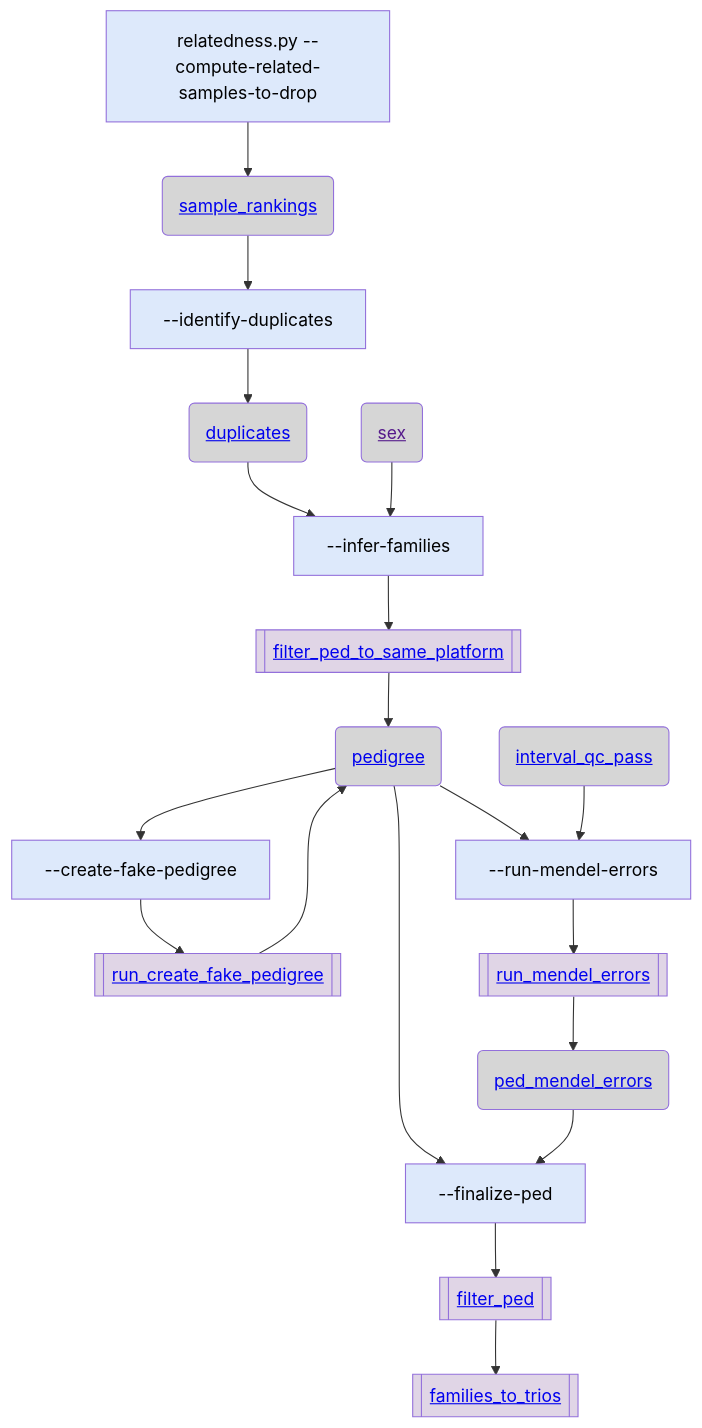
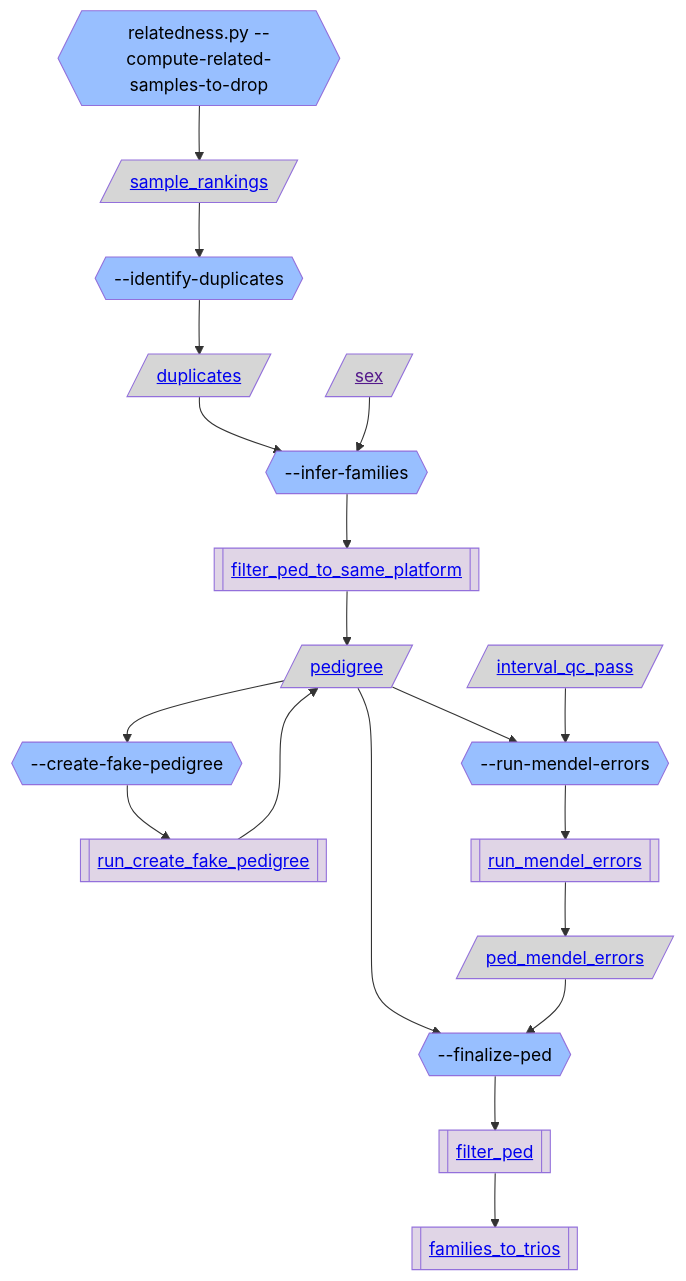
Before and after one commit to broadinstitute/gnomad_qc: the fourth of 4 diagrams in gnomad_qc/v4/sample_qc/README.md, drawn with Mermaid. The commit also changed other lines of this file and 4 other files, not shown here.

````diff
--- a/gnomad_qc/v4/sample_qc/README.md
+++ b/gnomad_qc/v4/sample_qc/README.md
@@ -328,46 +328,46 @@
 ```mermaid
 flowchart TB;
   classDef script_color fill:#2C5D4A,color:#000000
-  classDef step_color fill:#DDE9FB,color:#000000
+  classDef step_color fill:#98BFFF,color:#000000
   classDef func_color fill:#E0D5E6,color:#000000
   classDef gnomad_methods_color fill:#F9F2CE,color:#000000
   classDef hail_color fill:#FAEACE,color:#000000
   classDef resource_color fill:#D6D6D6,color:#000000
   classDef validity_check_color fill:#2C5D4A,color:#000000
 
-  step_compute_related_samples_to_drop["relatedness.py --compute-related-samples-to-drop"]:::step_color;
-  resource_sample_rankings("<a href='https://github.com/broadinstitute/gnomad_qc/tree/main/gnomad_qc/v4/resources/sample_qc.py#L547'>sample_rankings</a>"):::resource_color;
-  step_identify_duplicates["--identify-duplicates"]:::step_color;
-  resource_duplicates("<a href='https://github.com/broadinstitute/gnomad_qc/tree/main/gnomad_qc/v4/resources/sample_qc.py#L895'>duplicates</a>"):::resource_color;
-  step_infer_families["--infer-families"]:::step_color;
+  step_compute_related_samples_to_drop{{"relatedness.py --compute-related-samples-to-drop"}}:::step_color;
+  resource_sample_rankings[/"<a href='https://github.com/broadinstitute/gnomad_qc/tree/main/gnomad_qc/v4/resources/sample_qc.py#L547'>sample_rankings</a>"/]:::resource_color;
+  step_identify_duplicates{{"--identify-duplicates"}}:::step_color;
+  resource_duplicates[/"<a href='https://github.com/broadinstitute/gnomad_qc/tree/main/gnomad_qc/v4/resources/sample_qc.py#L895'>duplicates</a>"/]:::resource_color;
+  step_infer_families{{"--infer-families"}}:::step_color;
   func_filter_ped_to_same_platform[["<a href='https://github.com/broadinstitute/gnomad_qc/tree/main/gnomad_qc/v4/sample_qc/identify_trios.py#L188'>filter_ped_to_same_platform</a>"]]:::func_color;
-  resource_sex("<a href=''>sex</a>"):::resource_color;
-  resource_pedigree("<a href='https://github.com/broadinstitute/gnomad_qc/tree/main/gnomad_qc/v4/resources/sample_qc.py#L913'>pedigree</a>"):::resource_color;
-  step_create_fake_pedigree["--create-fake-pedigree"]:::step_color;
+  resource_sex[/"<a href=''>sex</a>"/]:::resource_color;
+  resource_pedigree[/"<a href='https://github.com/broadinstitute/gnomad_qc/tree/main/gnomad_qc/v4/resources/sample_qc.py#L913'>pedigree</a>"/]:::resource_color;
+  step_create_fake_pedigree{{"--create-fake-pedigree"}}:::step_color;
   func_run_create_fake_pedigree[["<a href='https://github.com/broadinstitute/gnomad_qc/tree/main/gnomad_qc/v4/sample_qc/identify_trios.py#L105'>run_create_fake_pedigree</a>"]]:::func_color;
-  step_run_mendel_errors["--run-mendel-errors"]:::step_color;
+  step_run_mendel_errors{{"--run-mendel-errors"}}:::step_color;
   func_run_mendel_errors[["<a href='https://github.com/broadinstitute/gnomad_qc/tree/main/gnomad_qc/v4/sample_qc/identify_trios.py#L140'>run_mendel_errors</a>"]]:::func_color;
-  resource_interval_qc_pass("<a href='https://github.com/broadinstitute/gnomad_qc/tree/main/gnomad_qc/v4/resources/sample_qc.py#L306'>interval_qc_pass</a>"):::resource_color;
-  step_finalize_ped["--finalize-ped"]:::step_color;
+  resource_interval_qc_pass[/"<a href='https://github.com/broadinstitute/gnomad_qc/tree/main/gnomad_qc/v4/resources/sample_qc.py#L306'>interval_qc_pass</a>"/]:::resource_color;
+  step_finalize_ped{{"--finalize-ped"}}:::step_color;
   func_filter_ped[["<a href='https://github.com/broadinstitute/gnomad_qc/tree/main/gnomad_qc/v4/sample_qc/identify_trios.py#L218'>filter_ped</a>"]]:::func_color;
   func_families_to_trios[["<a href='https://github.com/broadinstitute/gnomad_qc/tree/main/gnomad_qc/v4/sample_qc/identify_trios.py#L46'>families_to_trios</a>"]]:::func_color;
-  resource_ped_mendel_errors("<a href='https://github.com/broadinstitute/gnomad_qc/tree/main/gnomad_qc/v4/resources/sample_qc.py#L966'>ped_mendel_errors</a>"):::resource_color;
+  resource_ped_mendel_errors[/"<a href='https://github.com/broadinstitute/gnomad_qc/tree/main/gnomad_qc/v4/resources/sample_qc.py#L966'>ped_mendel_errors</a>"/]:::resource_color;
   step_compute_related_samples_to_drop --> resource_sample_rankings;
   resource_sample_rankings --> step_identify_duplicates;
   step_identify_duplicates --> resource_duplicates;
   resource_duplicates --> step_infer_families;
   step_infer_families --> func_filter_ped_to_same_platform;
   resource_sex --> step_infer_families;
   func_filter_ped_to_same_platform --> resource_pedigree;
   resource_pedigree --> step_create_fake_pedigree;
   step_create_fake_pedigree --> func_run_create_fake_pedigree;
   resource_pedigree --> step_run_mendel_errors;
   step_run_mendel_errors --> func_run_mendel_errors;
   func_run_create_fake_pedigree --> resource_pedigree;
   resource_interval_qc_pass --> step_run_mendel_errors;
   resource_pedigree --> step_finalize_ped;
   step_finalize_ped --> func_filter_ped;
   func_filter_ped --> func_families_to_trios;
   func_run_mendel_errors --> resource_ped_mendel_errors;
   resource_ped_mendel_errors --> step_finalize_ped;
 ```
````
